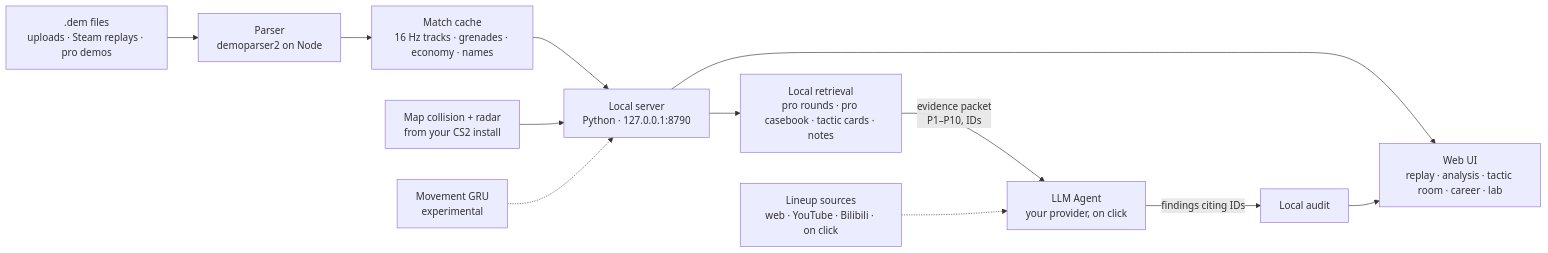
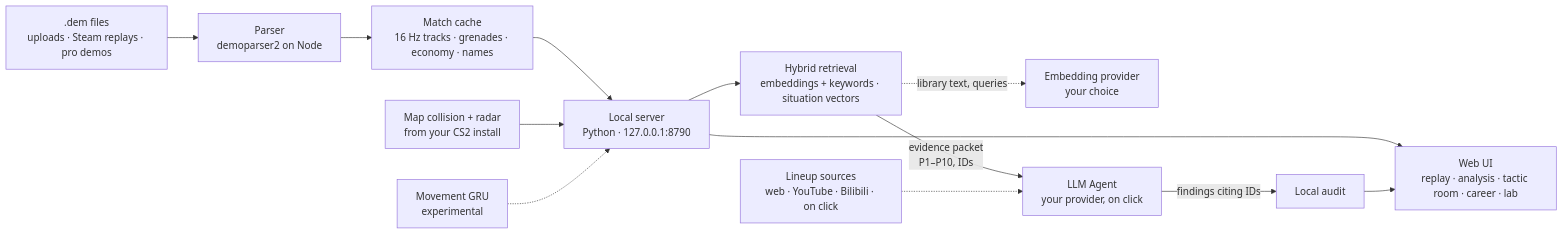
Before and after one commit to ethany14/Cs2-Roundcrafter: the diagram in README.md, drawn with Mermaid. The commit also changed other lines of this file and 12 other files, not shown here.

First line of the commit message:
Make retrieval a hybrid vector RAG

````diff
--- a/README.md
+++ b/README.md
@@ -125,13 +132,14 @@
 ```mermaid
 flowchart LR
   A[".dem files<br/>uploads · Steam replays · pro demos"] --> B["Parser<br/>demoparser2 on Node"]
   B --> C["Match cache<br/>16 Hz tracks · grenades · economy · names"]
   C --> D["Local server<br/>Python · 127.0.0.1:8790"]
   D --> E["Web UI<br/>replay · analysis · tactic room · career · lab"]
-  D --> R["Local retrieval<br/>pro rounds · pro casebook · tactic cards · notes"]
+  D --> R["Hybrid retrieval<br/>embeddings + keywords · situation vectors"]
+  R -. "library text, queries" .-> V["Embedding provider<br/>your choice"]
   R -- "evidence packet<br/>P1–P10, IDs" --> L["LLM Agent<br/>your provider, on click"]
   W["Lineup sources<br/>web · YouTube · Bilibili · on click"] -.-> L
   L -- "findings citing IDs" --> U["Local audit"] --> E
   G["Map collision + radar<br/>from your CS2 install"] --> D
   M["Movement GRU<br/>experimental"] -.-> D
 ```
````
